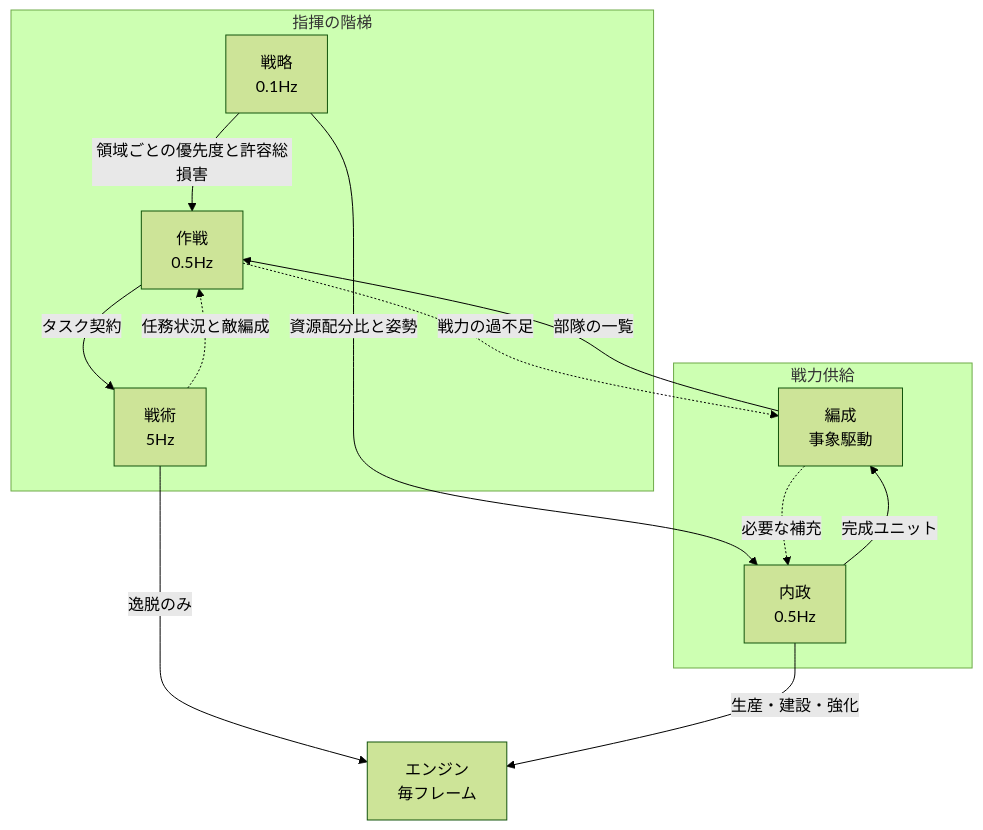
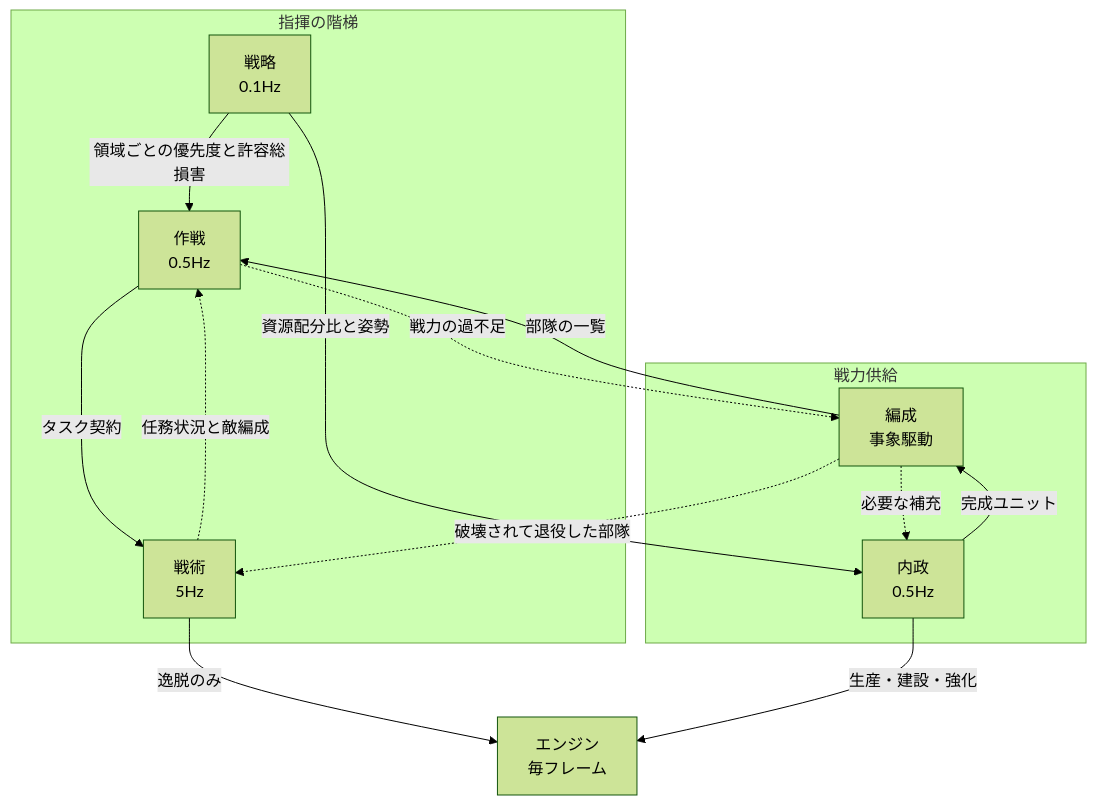
The diagram in docs/system/01-architecture.md (h4ribote/RW-Intel), drawn with Mermaid (forest theme) before and after one commit. The commit also changed other lines of this file and 34 other files, not shown here.

````diff
--- a/docs/system/01-architecture.md
+++ b/docs/system/01-architecture.md
@@ -57,23 +57,24 @@
 ```mermaid
 flowchart TD
     subgraph chain["指揮の階梯"]
         strat["戦略<br/>0.1Hz"]
         ops["作戦<br/>0.5Hz"]
         tac["戦術<br/>5Hz"]
     end
     subgraph supply["戦力供給"]
         econ["内政<br/>0.5Hz"]
         org["編成<br/>事象駆動"]
     end
     engine["エンジン<br/>毎フレーム"]
     strat -->|"領域ごとの優先度と許容総損害"| ops
     ops -->|"タスク契約"| tac
     strat -->|"資源配分比と姿勢"| econ
     econ -->|"完成ユニット"| org
     org -->|"部隊の一覧"| ops
     tac -->|"逸脱のみ"| engine
     econ -->|"生産・建設・強化"| engine
     tac -.->|"任務状況と敵編成"| ops
     ops -.->|"戦力の過不足"| org
     org -.->|"必要な補充"| econ
+    org -.->|"破壊されて退役した部隊"| tac
 ```
````
